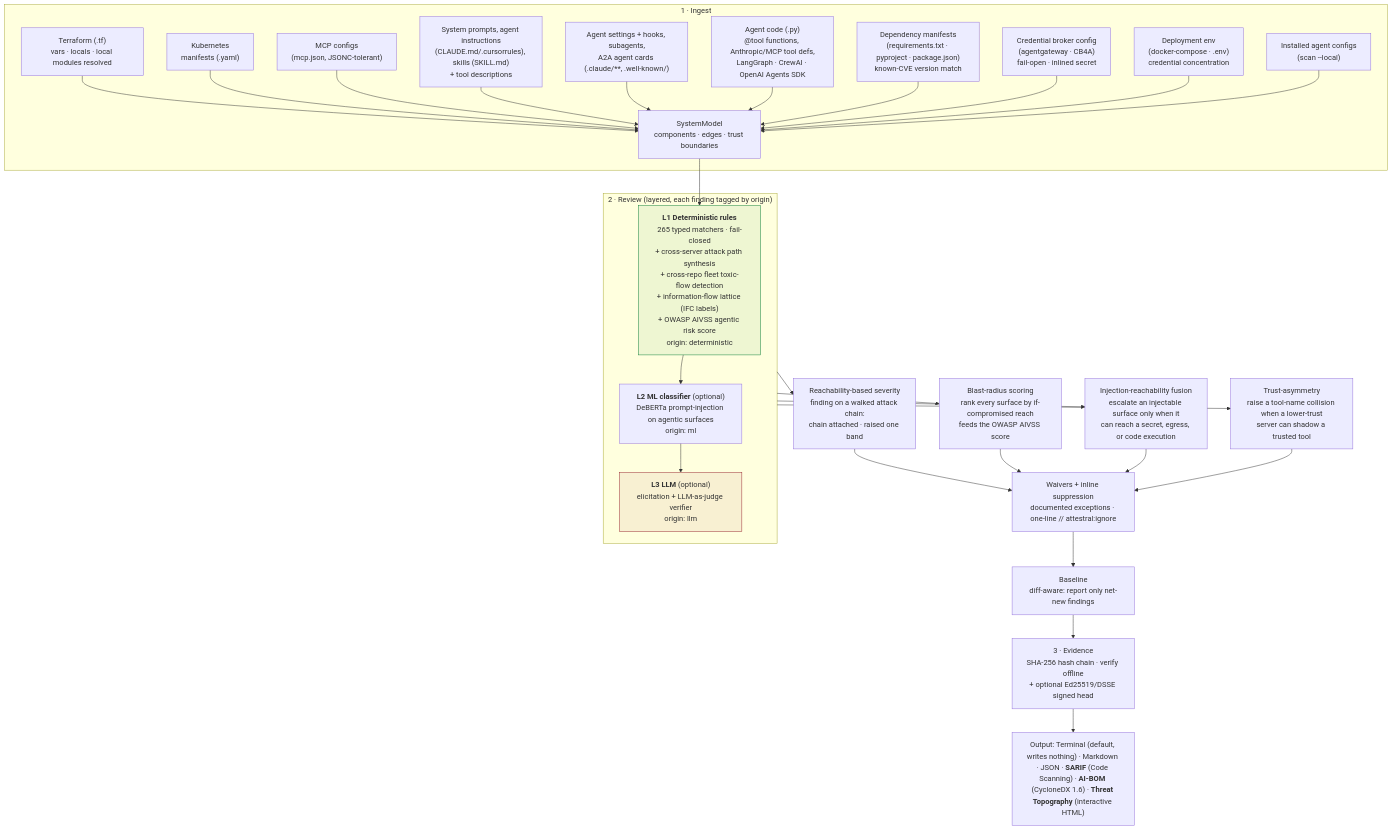
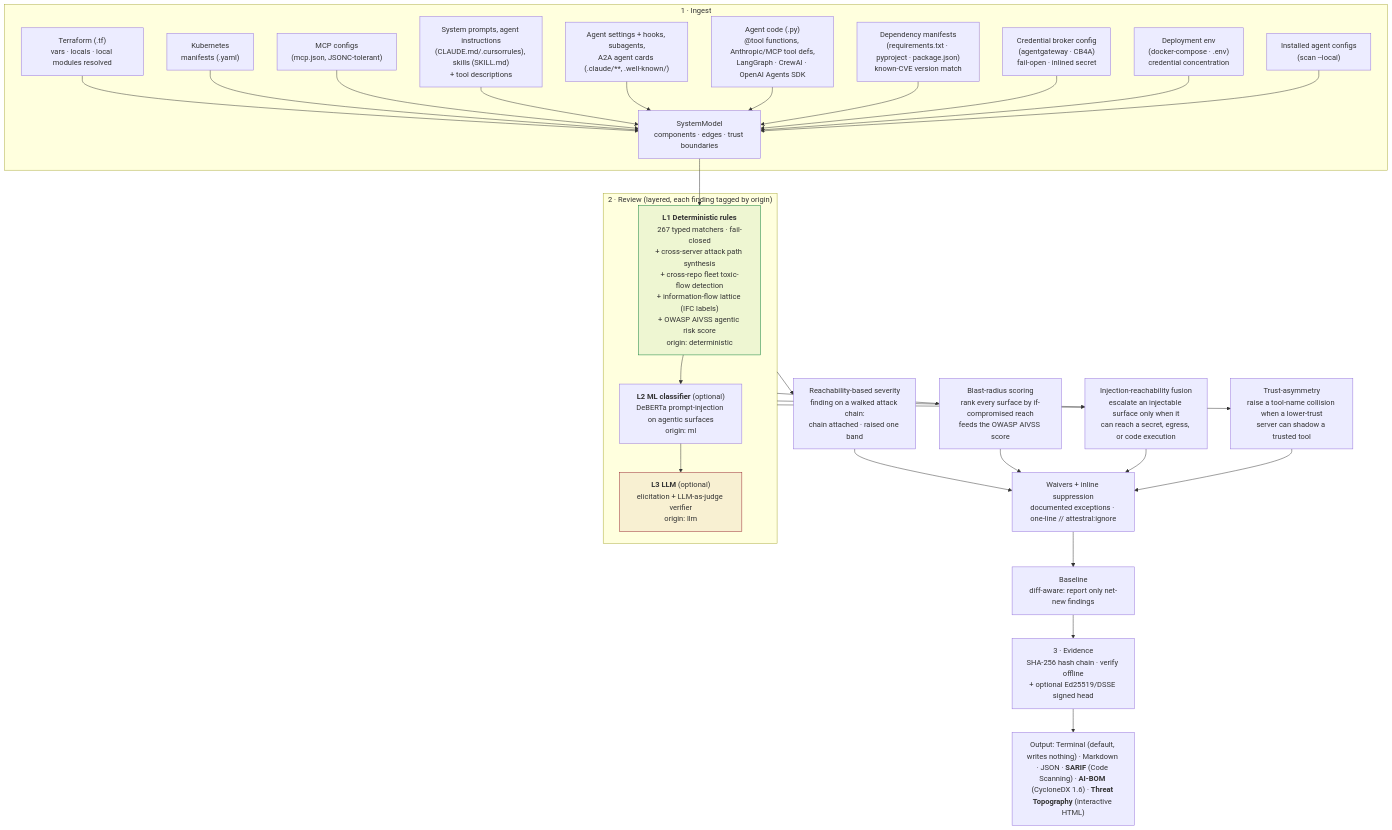
Before and after one commit to attestral-labs/attestral: the first of 4 diagrams in README.md, drawn with Mermaid. The commit also changed other lines of this file and 5 other files, not shown here.

````diff
--- a/README.md
+++ b/README.md
@@ -124,36 +124,36 @@
 ```mermaid
 flowchart TB
     subgraph ING["1 · Ingest"]
         TF["Terraform (.tf)<br/>vars · locals · local modules resolved"] --> M
         K8S["Kubernetes<br/>manifests (.yaml)"] --> M
         MCP["MCP configs<br/>(mcp.json, JSONC-tolerant)"] --> M
         SP["System prompts, agent instructions<br/>(CLAUDE.md/.cursorrules), skills (SKILL.md)<br/>+ tool descriptions"] --> M
         AC["Agent settings + hooks, subagents,<br/>A2A agent cards (.claude/**, .well-known/)"] --> M
         CODE["Agent code (.py)<br/>@tool functions, Anthropic/MCP tool defs,<br/>LangGraph · CrewAI · OpenAI Agents SDK"] --> M
         DEP["Dependency manifests<br/>(requirements.txt · pyproject · package.json)<br/>known-CVE version match"] --> M
         GW["Credential broker config<br/>(agentgateway · CB4A)<br/>fail-open · inlined secret"] --> M
         DENV["Deployment env<br/>(docker-compose · .env)<br/>credential concentration"] --> M
         LC["Installed agent configs<br/>(scan --local)"] --> M
         M["SystemModel<br/>components · edges · trust boundaries"]
     end
     M --> L1
     subgraph REV["2 · Review (layered, each finding tagged by origin)"]
-        L1["<b>L1 Deterministic rules</b><br/>265 typed matchers · fail-closed<br/>+ cross-server attack path synthesis<br/>+ cross-repo fleet toxic-flow detection<br/>+ information-flow lattice (IFC labels)<br/>+ OWASP AIVSS agentic risk score<br/>origin: deterministic"]
+        L1["<b>L1 Deterministic rules</b><br/>267 typed matchers · fail-closed<br/>+ cross-server attack path synthesis<br/>+ cross-repo fleet toxic-flow detection<br/>+ information-flow lattice (IFC labels)<br/>+ OWASP AIVSS agentic risk score<br/>origin: deterministic"]
         L2["<b>L2 ML classifier</b> (optional)<br/>DeBERTa prompt-injection on agentic surfaces<br/>origin: ml"]
         L3["<b>L3 LLM</b> (optional)<br/>elicitation + LLM-as-judge verifier<br/>origin: llm"]
         L1 --> L2 --> L3
     end
     REV --> RS["Reachability-based severity<br/>finding on a walked attack chain:<br/>chain attached · raised one band"]
     REV --> BR["Blast-radius scoring<br/>rank every surface by if-compromised reach<br/>feeds the OWASP AIVSS score"]
     REV --> IR["Injection-reachability fusion<br/>escalate an injectable surface only when it<br/>can reach a secret, egress, or code execution"]
     REV --> TA["Trust-asymmetry<br/>raise a tool-name collision when a lower-trust<br/>server can shadow a trusted tool"]
     RS --> W["Waivers + inline suppression<br/>documented exceptions · one-line // attestral:ignore"]
     BR --> W
     IR --> W
     TA --> W
     W --> BL["Baseline<br/>diff-aware: report only net-new findings"]
     BL --> EV["3 · Evidence<br/>SHA-256 hash chain · verify offline<br/>+ optional Ed25519/DSSE signed head"]
     EV --> OUT["Output: Terminal (default, writes nothing) · Markdown · JSON · <b>SARIF</b> (Code Scanning) · <b>AI-BOM</b> (CycloneDX 1.6) · <b>Threat Topography</b> (interactive HTML)"]
     style L1 fill:#0a7d3611,stroke:#0a7d36
     style L3 fill:#96222E11,stroke:#96222E
 ```
````
